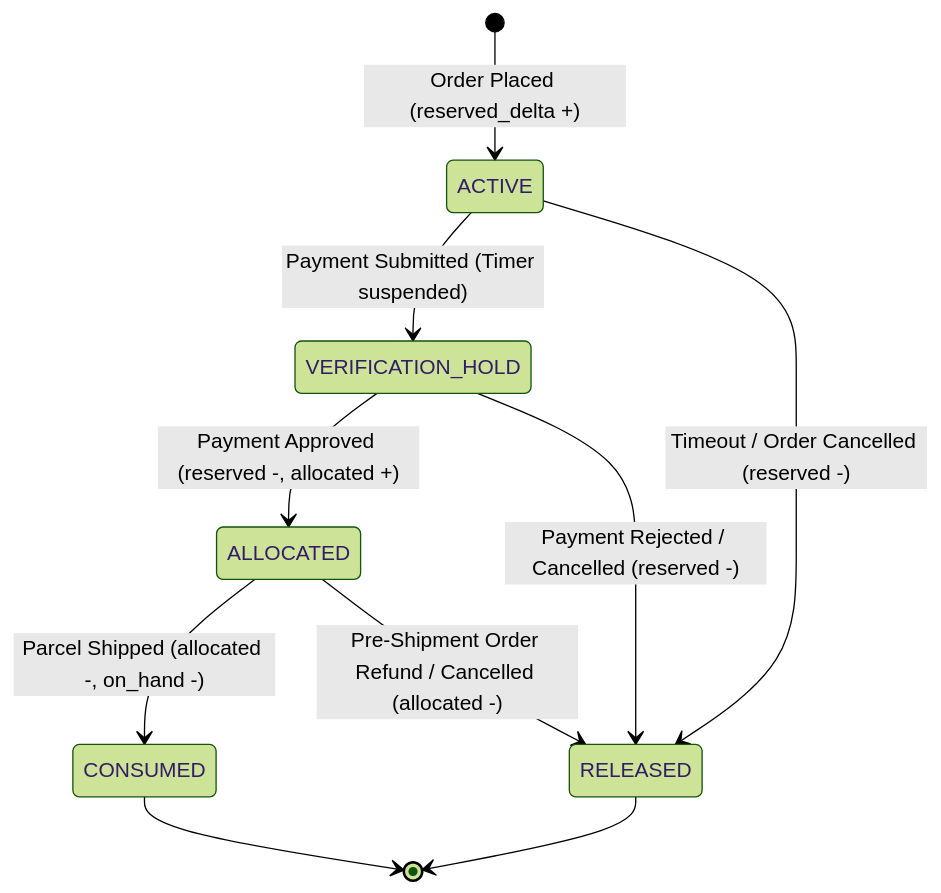
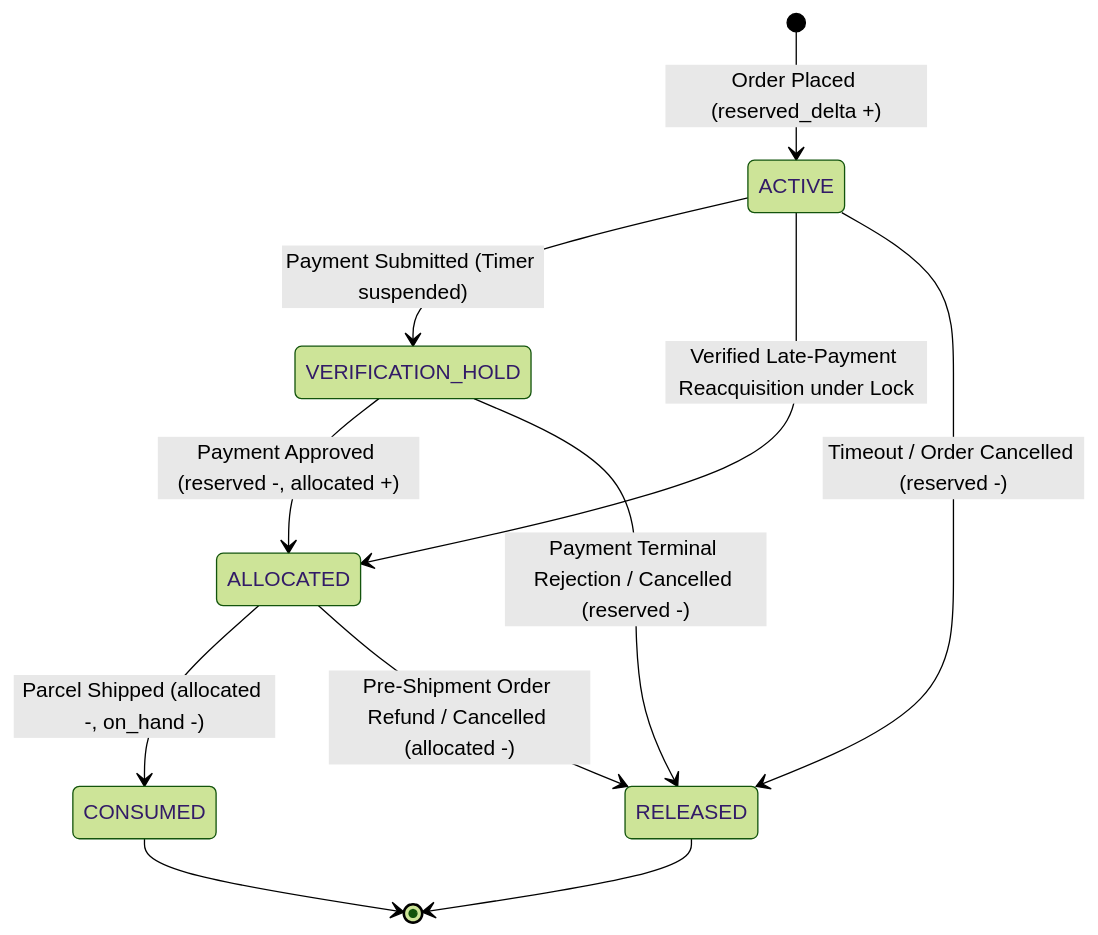
The fourth of 15 diagrams in docs/architecture/COMMERCE_DOMAIN_MODEL.md (SaeBryxn/GamerPeru-Vercel), drawn with Mermaid (forest theme) before and after one commit. The commit also changed other lines of this file and 1 other file, not shown here.

Commit message:
docs: finalize GP-004 schema readiness

````diff
--- a/docs/architecture/COMMERCE_DOMAIN_MODEL.md
+++ b/docs/architecture/COMMERCE_DOMAIN_MODEL.md
@@ -1189,12 +1245,13 @@
 ```mermaid
 stateDiagram-v2
     [*] --> ACTIVE: Order Placed (reserved_delta +)
     ACTIVE --> VERIFICATION_HOLD: Payment Submitted (Timer suspended)
+    ACTIVE --> ALLOCATED: Verified Late-Payment Reacquisition under Lock
     VERIFICATION_HOLD --> ALLOCATED: Payment Approved (reserved -, allocated +)
     ALLOCATED --> CONSUMED: Parcel Shipped (allocated -, on_hand -)
     ACTIVE --> RELEASED: Timeout / Order Cancelled (reserved -)
-    VERIFICATION_HOLD --> RELEASED: Payment Rejected / Cancelled (reserved -)
+    VERIFICATION_HOLD --> RELEASED: Payment Terminal Rejection / Cancelled (reserved -)
     ALLOCATED --> RELEASED: Pre-Shipment Order Refund / Cancelled (allocated -)
     CONSUMED --> [*]
     RELEASED --> [*]
 ```
````
